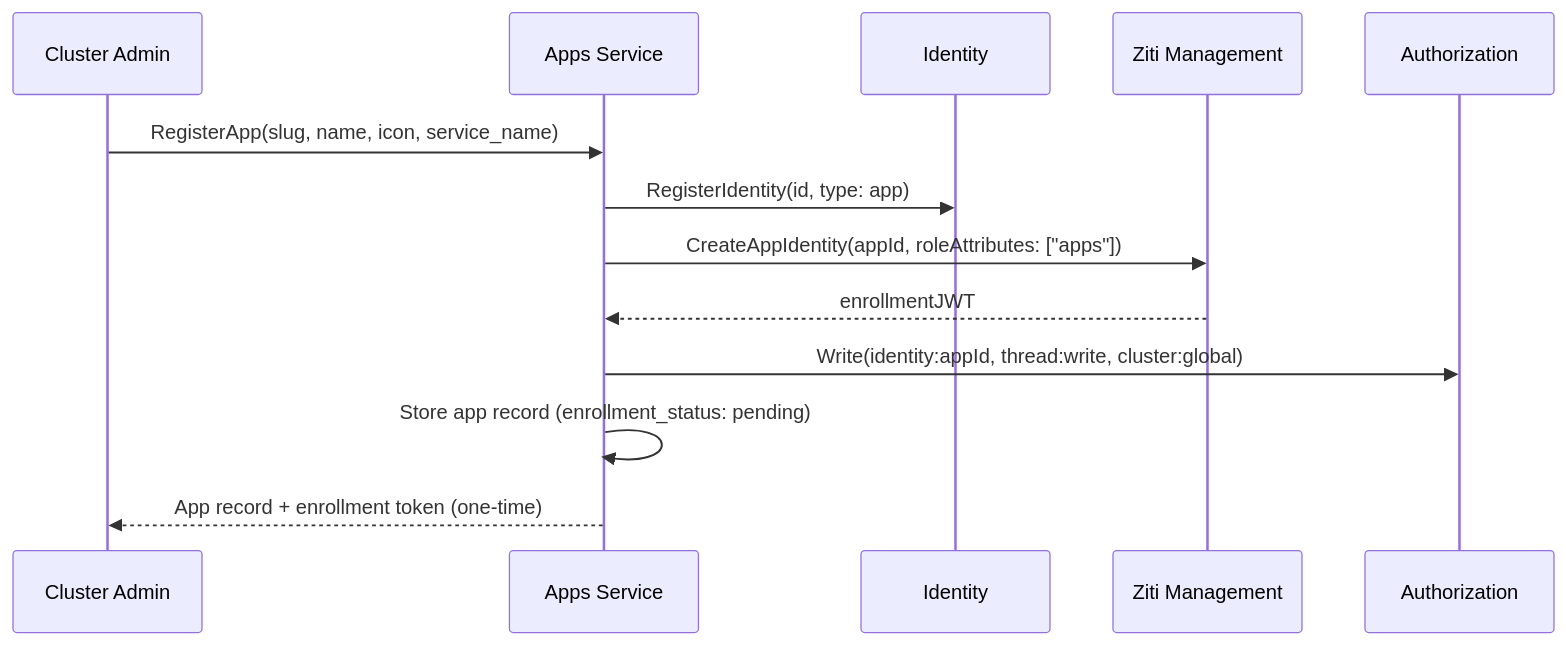
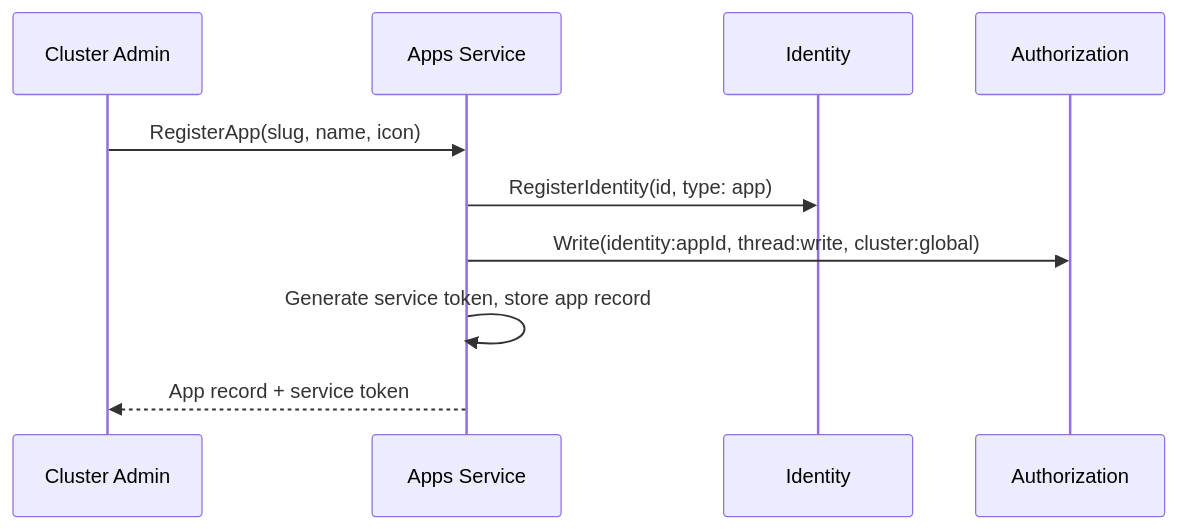
Before and after one commit to agynio/architecture: the diagram in architecture/apps-service.md, drawn with Mermaid. The commit also changed other lines of this file and 10 other files, not shown here.

````diff
--- a/architecture/apps-service.md
+++ b/architecture/apps-service.md
@@ -35,16 +34,13 @@
 ```mermaid
 sequenceDiagram
     participant Admin as Cluster Admin
     participant AS as Apps Service
     participant I as Identity
-    participant ZM as Ziti Management
     participant Auth as Authorization
 
-    Admin->>AS: RegisterApp(slug, name, icon, service_name)
+    Admin->>AS: RegisterApp(slug, name, icon)
     AS->>I: RegisterIdentity(id, type: app)
-    AS->>ZM: CreateAppIdentity(appId, roleAttributes: ["apps"])
-    ZM-->>AS: enrollmentJWT
     AS->>Auth: Write(identity:appId, thread:write, cluster:global)
-    AS->>AS: Store app record (enrollment_status: pending)
-    AS-->>Admin: App record + enrollment token (one-time)
+    AS->>AS: Generate service token, store app record
+    AS-->>Admin: App record + service token
 ```
````
